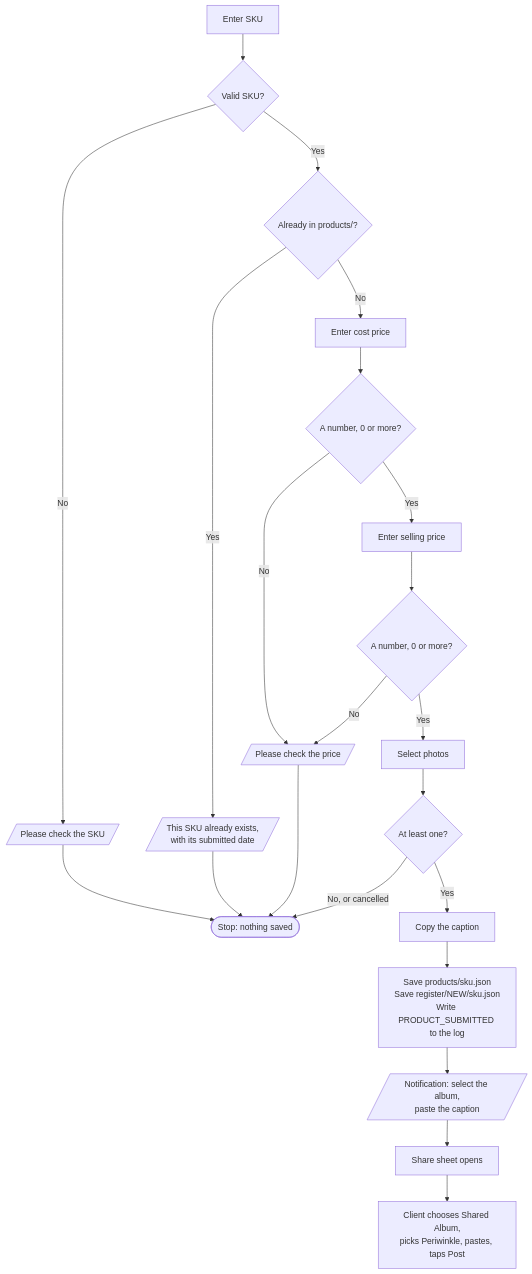
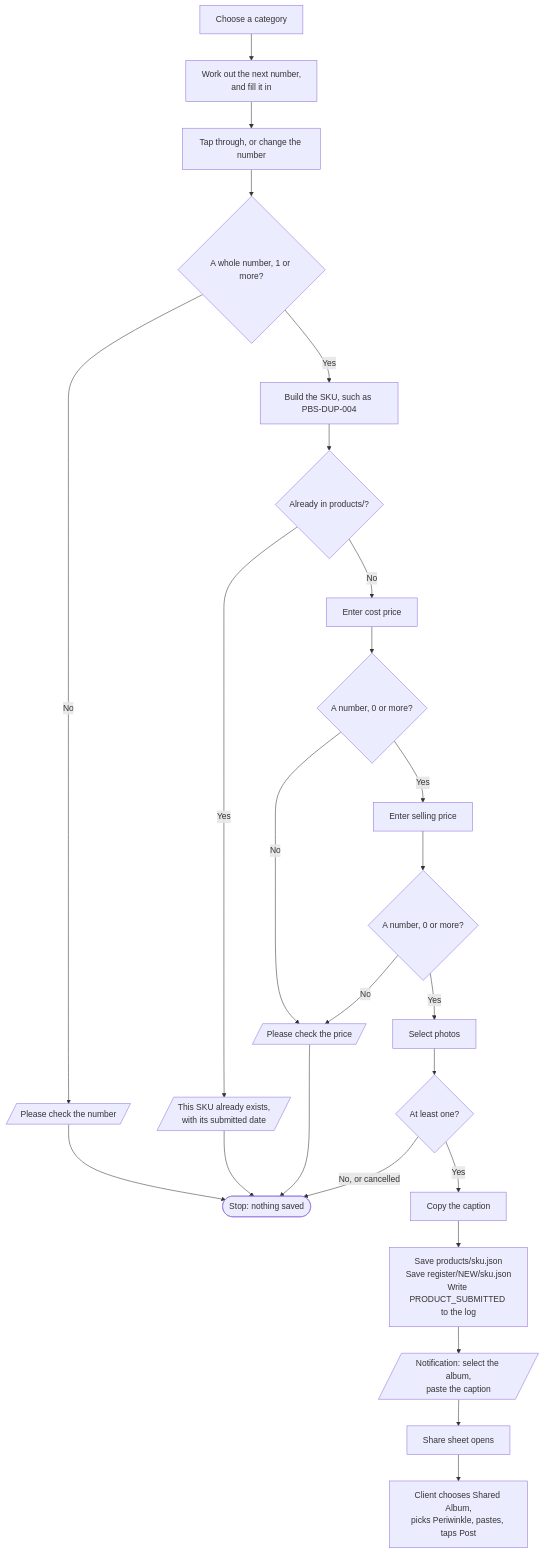
One commit to sagargupta2001/periwinkle-shopify-theme changed the diagram in docs/product-operations/new-product.md. Above: the diagram before and after it, drawn with Mermaid. The commit also changed other lines of this file and 15 other files, not shown here.

First line of the commit message:
Pick SKUs from a category menu with a suggested next number

````diff
--- a/docs/product-operations/new-product.md
+++ b/docs/product-operations/new-product.md
@@ -11,21 +12,24 @@
 ```mermaid
 flowchart TD
-    A[Enter SKU] --> B{"Valid SKU?"}
-    B -->|No| B1[/"Please check the SKU"/] --> STOP([Stop: nothing saved])
-    B -->|Yes| C{"Already in products/?"}
-    C -->|Yes| C1[/"This SKU already exists,<br/>with its submitted date"/] --> STOP
-    C -->|No| D[Enter cost price]
-    D --> E{"A number, 0 or more?"}
-    E -->|No| E1[/"Please check the price"/] --> STOP
-    E -->|Yes| F[Enter selling price]
-    F --> G{"A number, 0 or more?"}
-    G -->|No| E1
-    G -->|Yes| H[Select photos]
-    H --> I{"At least one?"}
-    I -->|No, or cancelled| STOP
-    I -->|Yes| J[Copy the caption]
-    J --> K["Save products/sku.json<br/>Save register/NEW/sku.json<br/>Write PRODUCT_SUBMITTED to the log"]
-    K --> L[/"Notification: select the album,<br/>paste the caption"/]
-    L --> M[Share sheet opens]
-    M --> N["Client chooses Shared Album,<br/>picks Periwinkle, pastes, taps Post"]
+    A[Choose a category] --> B["Work out the next number,<br/>and fill it in"]
+    B --> C["Tap through, or change the number"]
+    C --> D{"A whole number, 1 or more?"}
+    D -->|No| D1[/"Please check the number"/] --> STOP([Stop: nothing saved])
+    D -->|Yes| E["Build the SKU, such as PBS-DUP-004"]
+    E --> F{"Already in products/?"}
+    F -->|Yes| F1[/"This SKU already exists,<br/>with its submitted date"/] --> STOP
+    F -->|No| G[Enter cost price]
+    G --> H{"A number, 0 or more?"}
+    H -->|No| H1[/"Please check the price"/] --> STOP
+    H -->|Yes| I[Enter selling price]
+    I --> J{"A number, 0 or more?"}
+    J -->|No| H1
+    J -->|Yes| K[Select photos]
+    K --> L{"At least one?"}
+    L -->|No, or cancelled| STOP
+    L -->|Yes| M[Copy the caption]
+    M --> N["Save products/sku.json<br/>Save register/NEW/sku.json<br/>Write PRODUCT_SUBMITTED to the log"]
+    N --> O[/"Notification: select the album,<br/>paste the caption"/]
+    O --> P[Share sheet opens]
+    P --> Q["Client chooses Shared Album,<br/>picks Periwinkle, pastes, taps Post"]
 ```
````
